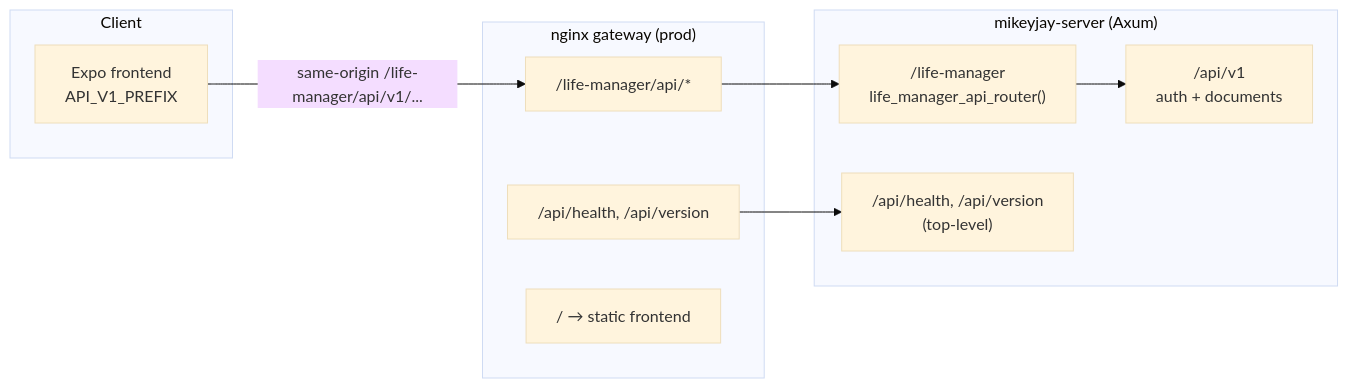
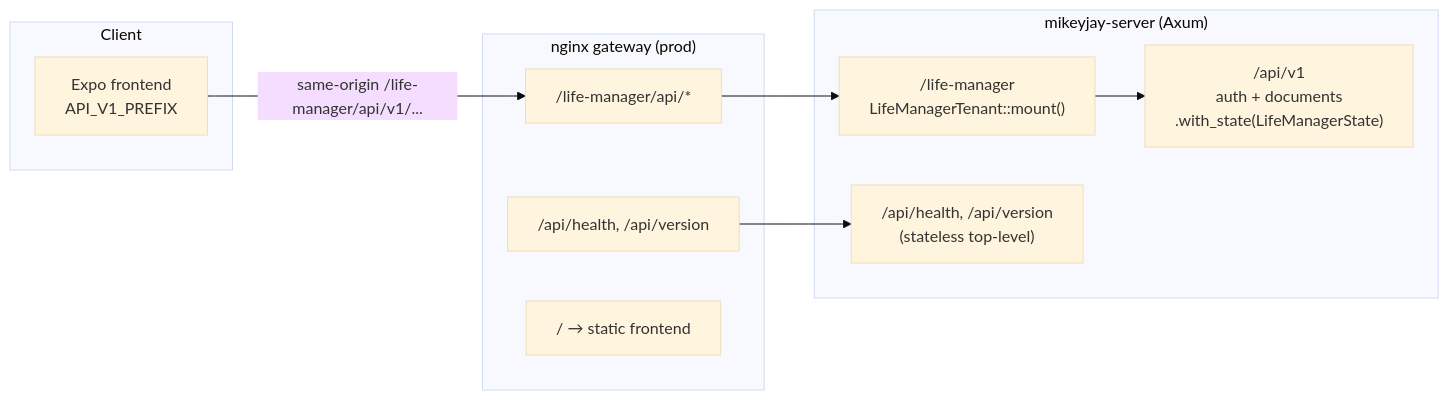
One commit to mikeyjay39/life-manager changed the second of 5 diagrams in docs/architecture.md. Above: the diagram before and after it, drawn with Mermaid (base theme). The commit also changed other lines of this file and 72 other files, not shown here.

````diff
--- a/docs/architecture.md
+++ b/docs/architecture.md
@@ -40,22 +45,22 @@
 ```mermaid
 flowchart LR
   subgraph client["Client"]
     fe["Expo frontend\nAPI_V1_PREFIX"]
   end
 
   subgraph gateway["nginx gateway (prod)"]
     loc1["/life-manager/api/*"]
     loc2["/api/health, /api/version"]
     loc3["/ → static frontend"]
   end
 
   subgraph server["mikeyjay-server (Axum)"]
-    r1["/life-manager\nlife_manager_api_router()"]
-    r2["/api/v1\nauth + documents"]
-    r3["/api/health, /api/version\n(top-level)"]
+    r1["/life-manager\nLifeManagerTenant::mount()"]
+    r2["/api/v1\nauth + documents\n.with_state(LifeManagerState)"]
+    r3["/api/health, /api/version\n(stateless top-level)"]
   end
 
   fe -->|"same-origin /life-manager/api/v1/..."| loc1
   loc1 --> r1 --> r2
   loc2 --> r3
 ```
````
